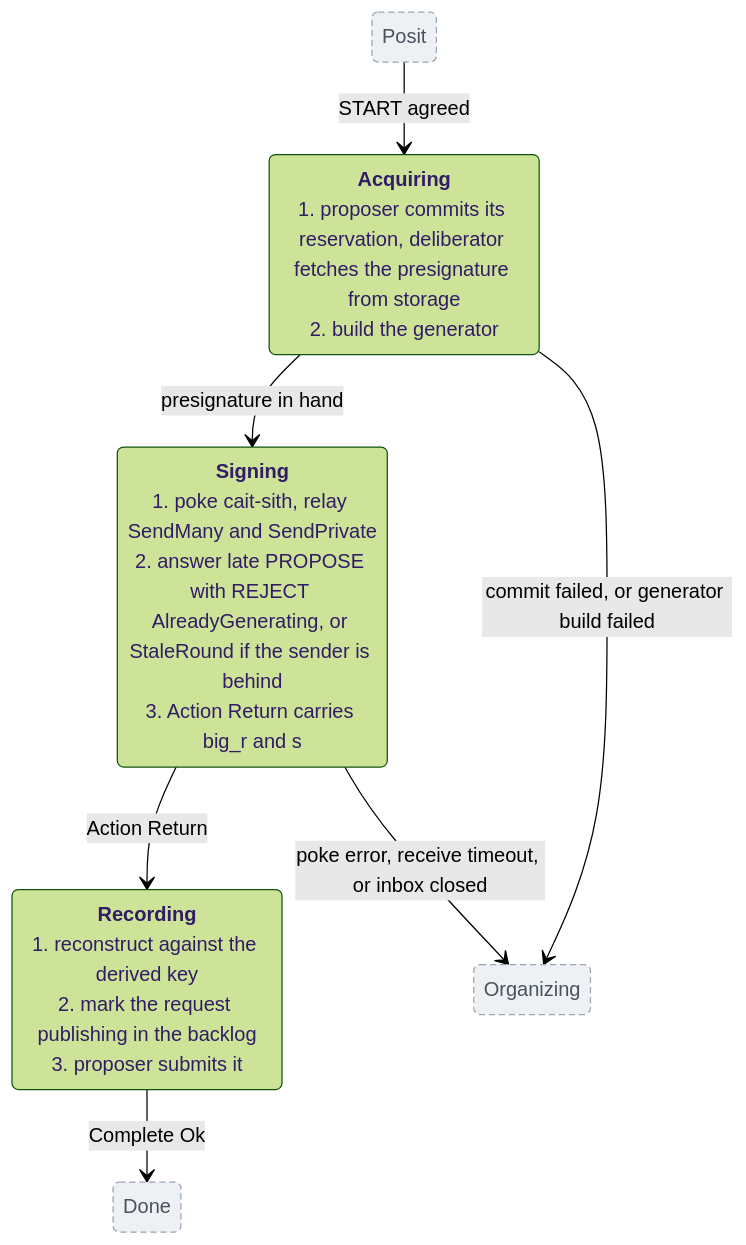
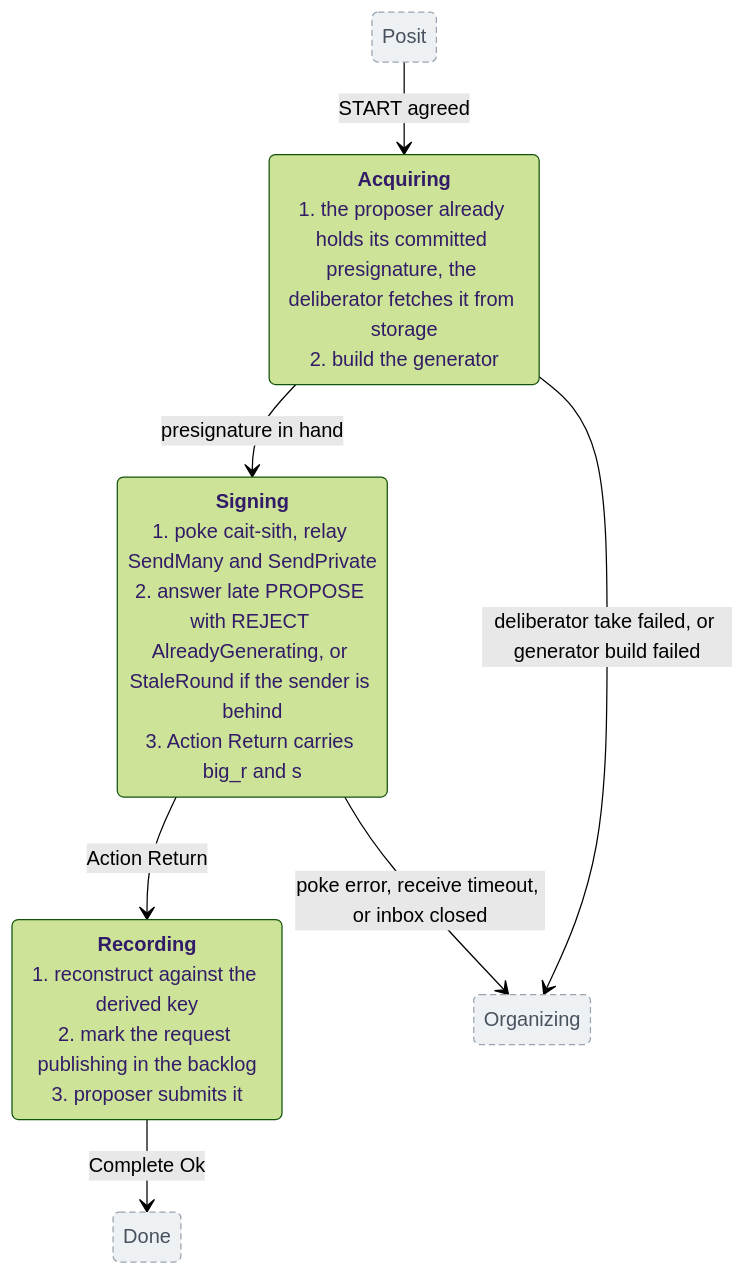
One commit to sig-net/mpc changed the fifth of 6 diagrams in doc/posit_state_machine.md. Above: the diagram before and after it, drawn with Mermaid (forest theme). The commit also changed other lines of this file and 6 other files, not shown here.

````diff
--- a/doc/posit_state_machine.md
+++ b/doc/posit_state_machine.md
@@ -207,21 +208,21 @@
 ```mermaid
 stateDiagram-v2
-    state "<b>Acquiring</b><br/>1. proposer commits its reservation, deliberator fetches the presignature from storage<br/>2. build the generator" as Acquiring
+    state "<b>Acquiring</b><br/>1. the proposer already holds its committed presignature, the deliberator fetches it from storage<br/>2. build the generator" as Acquiring
     state "<b>Signing</b><br/>1. poke cait-sith, relay SendMany and SendPrivate<br/>2. answer late PROPOSE with REJECT AlreadyGenerating, or StaleRound if the sender is behind<br/>3. Action Return carries big_r and s" as Signing
     state "<b>Recording</b><br/>1. reconstruct against the derived key<br/>2. mark the request publishing in the backlog<br/>3. proposer submits it" as Recording
     state "Posit" as PositIn
     state "Done" as DoneOut
     state "Organizing" as OrgOut
 
     PositIn --> Acquiring: START agreed
 
     Acquiring --> Signing: presignature in hand
     Signing --> Recording: Action Return
     Recording --> DoneOut: Complete Ok
 
-    Acquiring --> OrgOut: commit failed, or generator build failed
+    Acquiring --> OrgOut: deliberator take failed, or generator build failed
     Signing --> OrgOut: poke error, receive timeout, or inbox closed
 
     classDef outside fill:#eef1f4,stroke:#9aa4b0,color:#48525e,stroke-dasharray:5 3
     class PositIn,DoneOut,OrgOut outside
 ```
````
